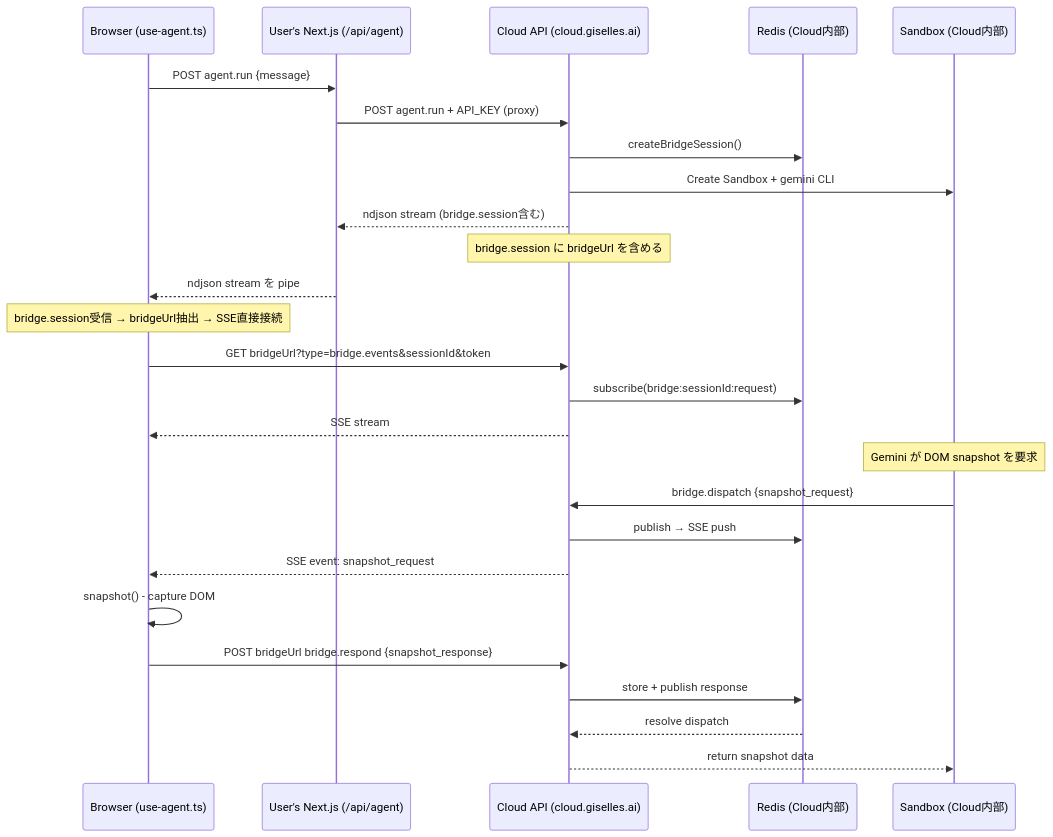
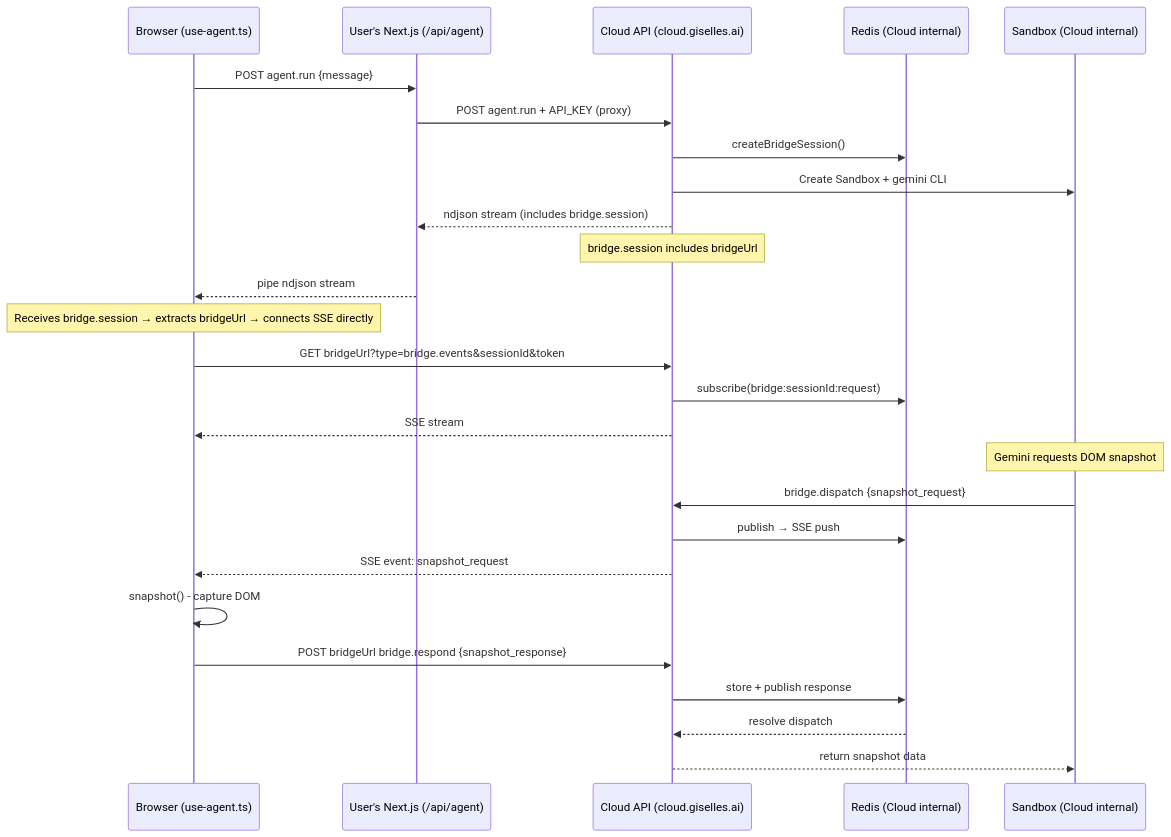
Before and after one commit to giselles-ai/agent-container: the first of 2 diagrams in docs/cloud-service-implementation-plan.md, drawn with Mermaid. The commit also changed other lines of this file and 7 other files, not shown here.

````diff
--- a/docs/cloud-service-implementation-plan.md
+++ b/docs/cloud-service-implementation-plan.md
@@ -69,35 +69,35 @@
 ```mermaid
 sequenceDiagram
     participant B as Browser (use-agent.ts)
     participant U as User's Next.js (/api/agent)
     participant C as Cloud API (cloud.giselles.ai)
-    participant R as Redis (Cloud内部)
-    participant S as Sandbox (Cloud内部)
+    participant R as Redis (Cloud internal)
+    participant S as Sandbox (Cloud internal)
 
     B->>U: POST agent.run {message}
     U->>C: POST agent.run + API_KEY (proxy)
     C->>R: createBridgeSession()
     C->>S: Create Sandbox + gemini CLI
-    C-->>U: ndjson stream (bridge.session含む)
-    Note over C: bridge.session に bridgeUrl を含める
-    U-->>B: ndjson stream を pipe
+    C-->>U: ndjson stream (includes bridge.session)
+    Note over C: bridge.session includes bridgeUrl
+    U-->>B: pipe ndjson stream
 
-    Note over B: bridge.session受信 → bridgeUrl抽出 → SSE直接接続
+    Note over B: Receives bridge.session → extracts bridgeUrl → connects SSE directly
 
     B->>C: GET bridgeUrl?type=bridge.events&sessionId&token
     C->>R: subscribe(bridge:sessionId:request)
     C-->>B: SSE stream
 
-    Note over S: Gemini が DOM snapshot を要求
+    Note over S: Gemini requests DOM snapshot
 
     S->>C: bridge.dispatch {snapshot_request}
     C->>R: publish → SSE push
     C-->>B: SSE event: snapshot_request
 
     B->>B: snapshot() - capture DOM
 
     B->>C: POST bridgeUrl bridge.respond {snapshot_response}
     C->>R: store + publish response
     R-->>C: resolve dispatch
     C-->>S: return snapshot data
 ```
````
